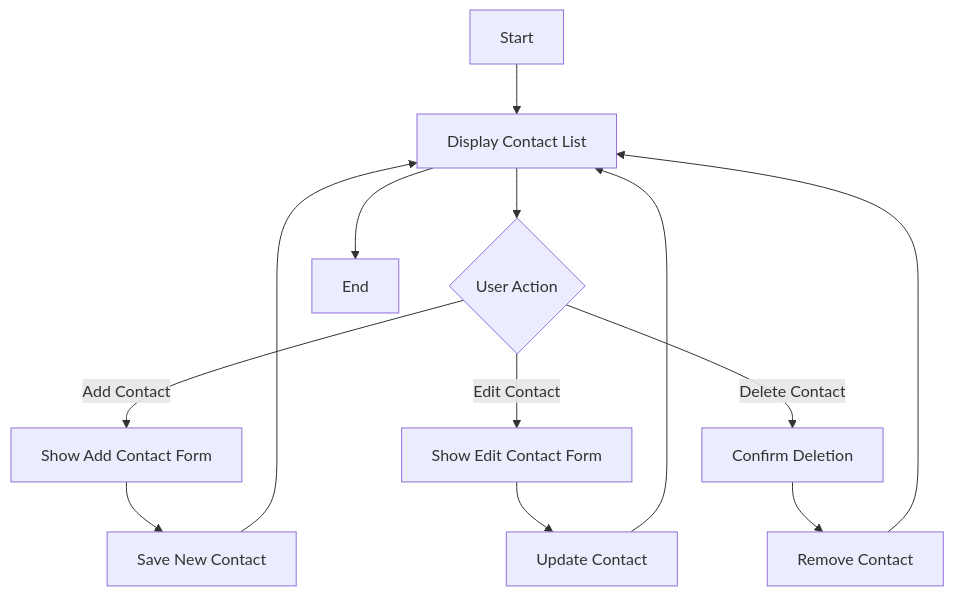
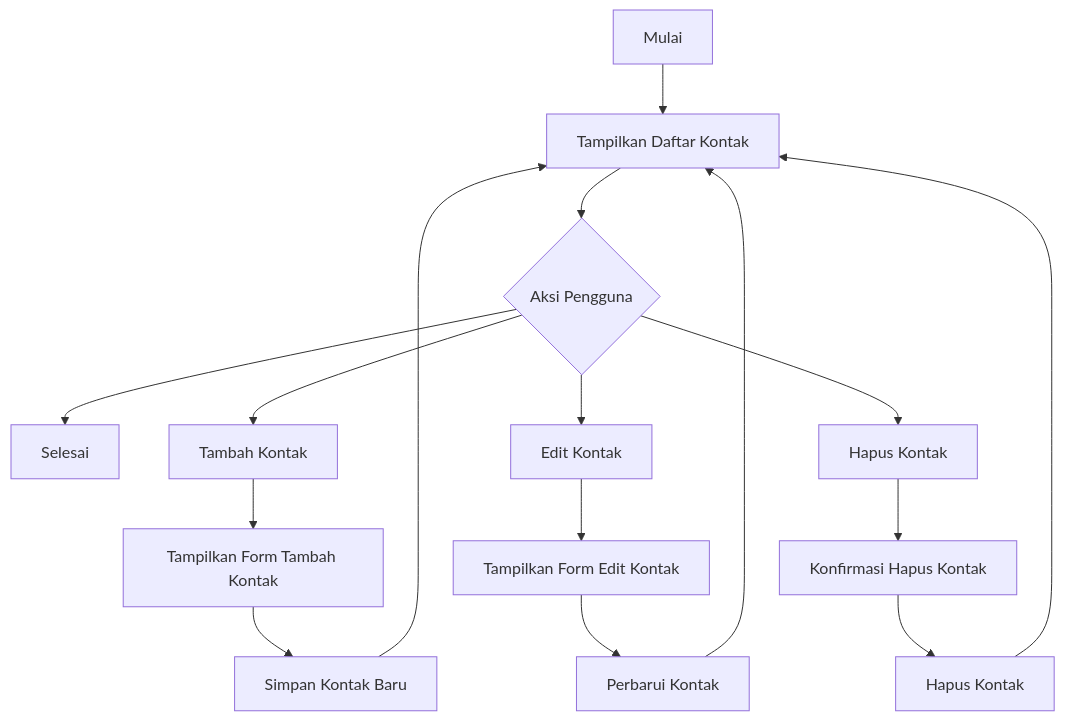
One commit to ftmahrhmt/address-book changed the diagram in README.md. Above: the diagram before and after it, drawn with Mermaid.

````diff
--- a/README.md
+++ b/README.md
@@ -17,15 +17,21 @@
 ```mermaid
 flowchart TD
-    A[Start] --> B[Display Contact List]
-    B --> C{User Action}
-    C -->|Add Contact| D[Show Add Contact Form]
-    C -->|Edit Contact| E[Show Edit Contact Form]
-    C -->|Delete Contact| F[Confirm Deletion]
-    D --> G[Save New Contact]
-    E --> H[Update Contact]
-    F --> I[Remove Contact]
-    G --> B
+    A["Mulai"] --> B["Tampilkan Daftar Kontak"]
+    B --> C{"Aksi Pengguna"}
+    C --> J["Selesai"]
+    C --> D["Tambah Kontak"]
+    C --> E["Edit Kontak"]
+    C --> F["Hapus Kontak"]
+
+    D --> G["Tampilkan Form Tambah Kontak"]
+    G --> H["Simpan Kontak Baru"]
     H --> B
-    I --> B
-    B --> J[End]
+
+    E --> I["Tampilkan Form Edit Kontak"]
+    I --> K["Perbarui Kontak"]
+    K --> B
+
+    F --> L["Konfirmasi Hapus Kontak"]
+    L --> M["Hapus Kontak"]
+    M --> B
 ```
````
